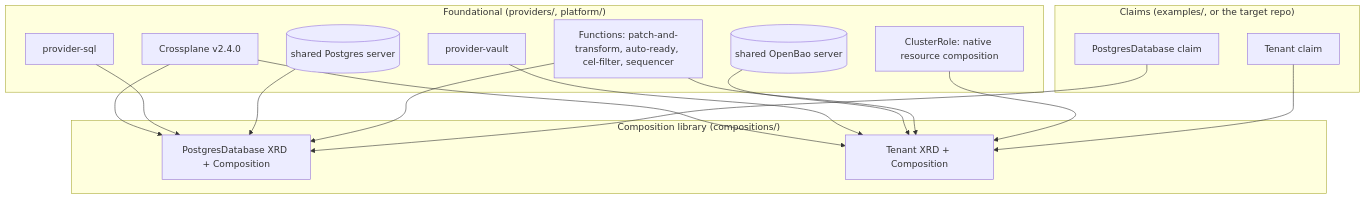
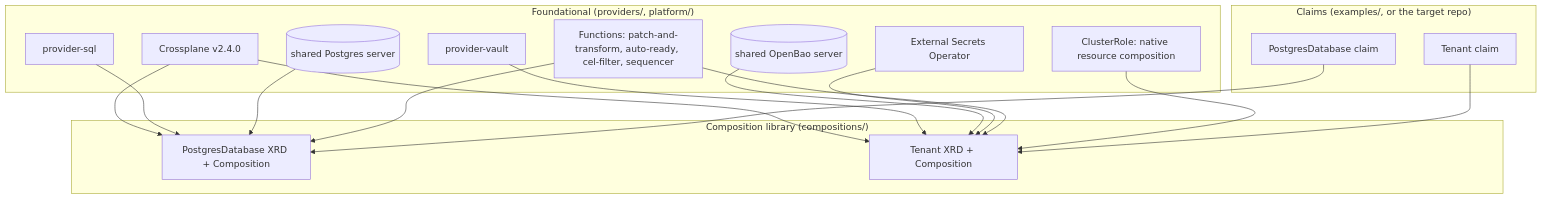
Before and after one commit to idPlatformKit/Orchestrator: the second of 2 diagrams in docs/architecture.md, drawn with Mermaid. The commit also changed other lines of this file and 7 other files, not shown here.

Commit message:
docs: document tenant secrets delivery through External Secrets Operator

````diff
--- a/docs/architecture.md
+++ b/docs/architecture.md
@@ -30,31 +30,33 @@
 ```mermaid
 flowchart TB
     subgraph L1["Foundational (providers/, platform/)"]
         CP[Crossplane v2.4.0]
         PSQL[provider-sql]
         PVAULT[provider-vault]
         FN[Functions: patch-and-transform, auto-ready, cel-filter, sequencer]
         RBAC[ClusterRole: native resource composition]
         PG[(shared Postgres server)]
         OB[(shared OpenBao server)]
+        ESO[External Secrets Operator]
     end
     subgraph L2["Composition library (compositions/)"]
         XRD1[PostgresDatabase XRD + Composition]
         XRD2[Tenant XRD + Composition]
     end
     subgraph L3["Claims (examples/, or the target repo)"]
         C1[PostgresDatabase claim]
         C2[Tenant claim]
     end
     CP --> XRD1
     CP --> XRD2
     PSQL --> XRD1
     PG --> XRD1
     PVAULT --> XRD2
     OB --> XRD2
+    ESO --> XRD2
     FN --> XRD1
     FN --> XRD2
     RBAC --> XRD2
     C1 --> XRD1
     C2 --> XRD2
 ```
````
